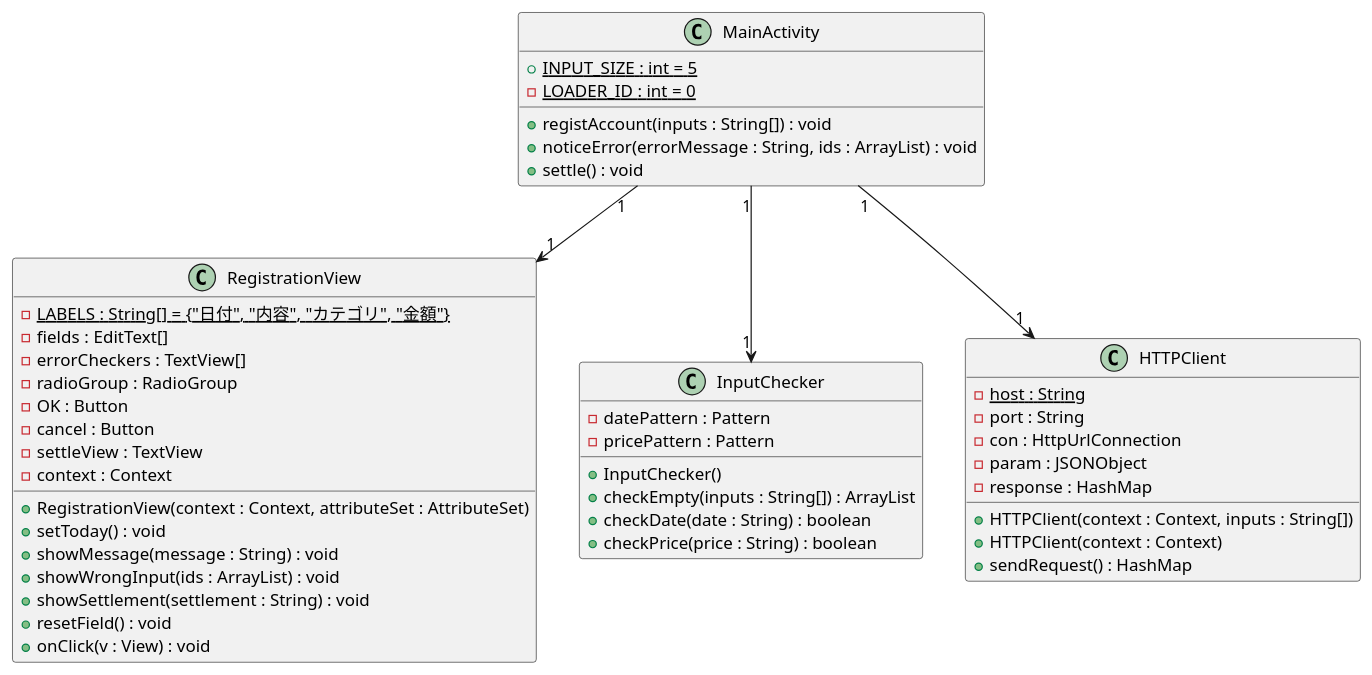
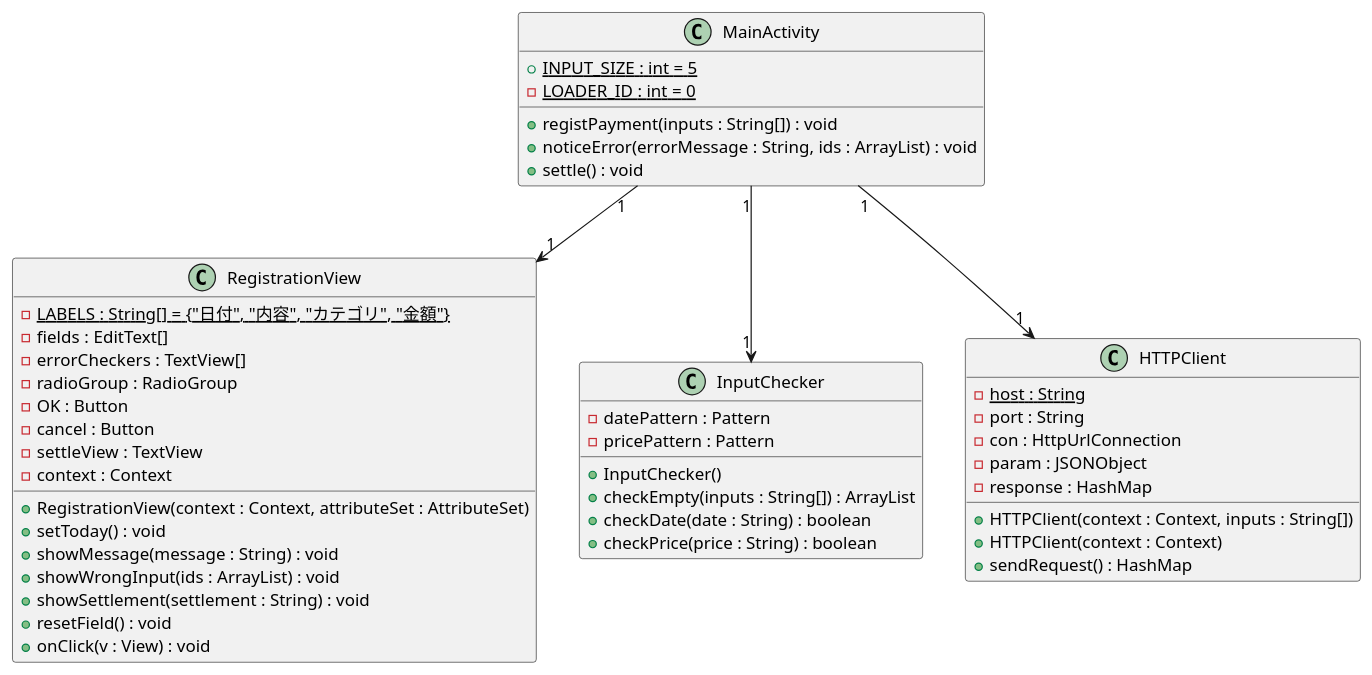
Before and after one commit to Leonis0813/chort: the first of 3 diagrams in adhafera/sphinx/internal.rst, drawn with PlantUML. The commit also changed other lines of this file and 1 other file, not shown here.

```diff
--- a/adhafera/sphinx/internal.rst
+++ b/adhafera/sphinx/internal.rst
@@ -15,51 +17,51 @@
 .. uml::
 
    class MainActivity {
      + {static} INPUT_SIZE : int = 5
      - {static} LOADER_ID : int = 0
-     + registAccount(inputs : String[]) : void
+     + registPayment(inputs : String[]) : void
      + noticeError(errorMessage : String, ids : ArrayList) : void
      + settle() : void
    }
 
    class RegistrationView {
      - {static} LABELS : String[] = {"日付", "内容", "カテゴリ", "金額"}
      - fields : EditText[]
      - errorCheckers : TextView[]
      - radioGroup : RadioGroup
      - OK : Button
      - cancel : Button
      - settleView : TextView
      - context : Context
      + RegistrationView(context : Context, attributeSet : AttributeSet)
      + setToday() : void
      + showMessage(message : String) : void
      + showWrongInput(ids : ArrayList) : void
      + showSettlement(settlement : String) : void
      + resetField() : void
      + onClick(v : View) : void
    }
 
    class InputChecker {
      - datePattern : Pattern
      - pricePattern : Pattern
      + InputChecker()
      + checkEmpty(inputs : String[]) : ArrayList
      + checkDate(date : String) : boolean
      + checkPrice(price : String) : boolean
    }
 
    class HTTPClient {
      - {static} host : String
      - port : String
      - con : HttpUrlConnection
      - param : JSONObject
      - response : HashMap
      + HTTPClient(context : Context, inputs : String[])
      + HTTPClient(context : Context)
      + sendRequest() : HashMap
    }
 
    MainActivity "1" --> "1" RegistrationView
    MainActivity "1" --> "1" InputChecker
    MainActivity "1" --> "1" HTTPClient
```
